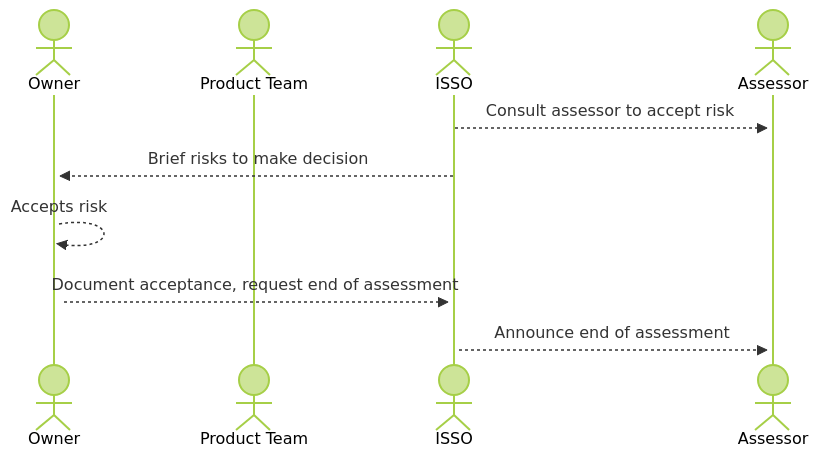
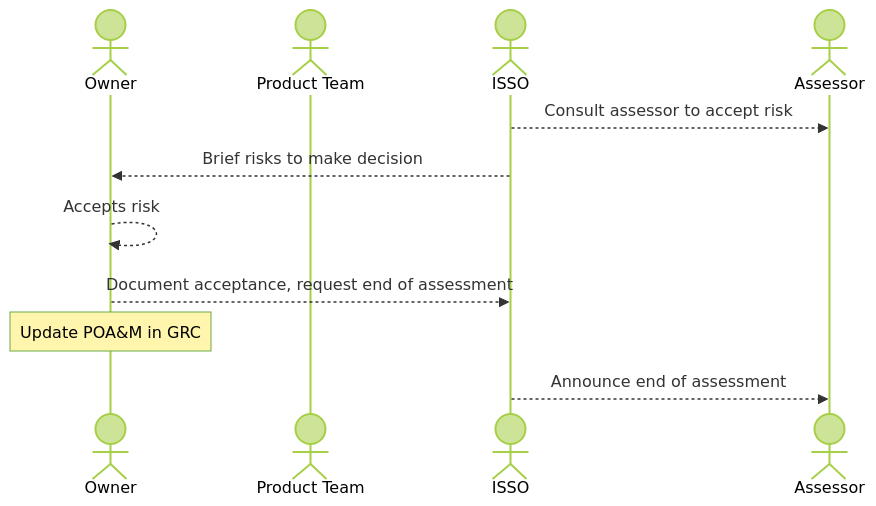
The diagram in docs/support/rmf5.4_assess_end.mermaid (aj-stein-nist/oscal-2023-workshop), drawn with Mermaid (forest theme) before and after one commit. The commit also changed 8 other files, not shown here.

Commit message:
Many slide and diagram updates from Nikita.

```diff
--- a/docs/support/rmf5.4_assess_end.mermaid
+++ b/docs/support/rmf5.4_assess_end.mermaid
@@ -1,10 +1,11 @@
 sequenceDiagram
     actor Owner
     actor Product Team
     actor ISSO
     actor Assessor
-    ISSO-->>+Assessor: Consult assessor to accept risk
-    ISSO-->>+Owner: Brief risks to make decision
-    Owner-->>+Owner: Accepts risk
-    Owner-->>+ISSO: Document acceptance, request end of assessment
-    ISSO-->>+Assessor: Announce end of assessment
+    ISSO-->>Assessor: Consult assessor to accept risk
+    ISSO-->>Owner: Brief risks to make decision
+    Owner-->>Owner: Accepts risk
+    Owner-->>ISSO: Document acceptance, request end of assessment
+    Note over Owner: Update POA&M in GRC
+    ISSO-->>Assessor: Announce end of assessment
```
